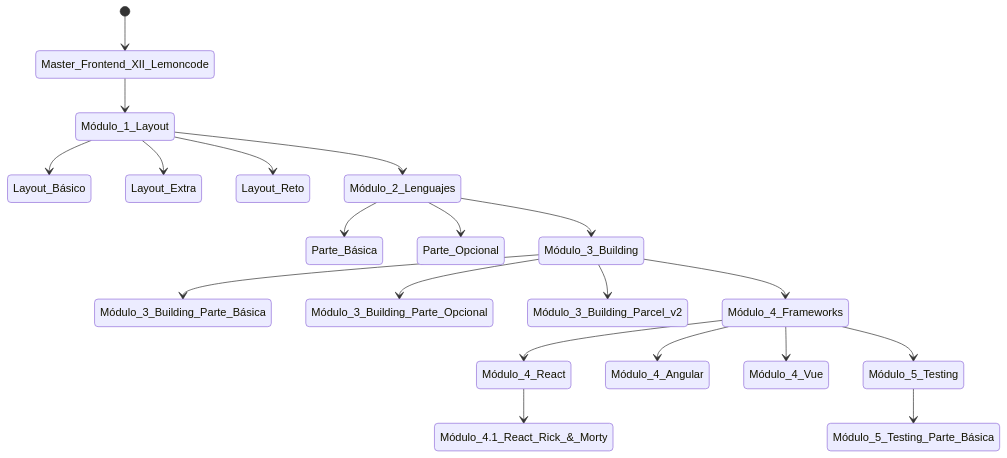
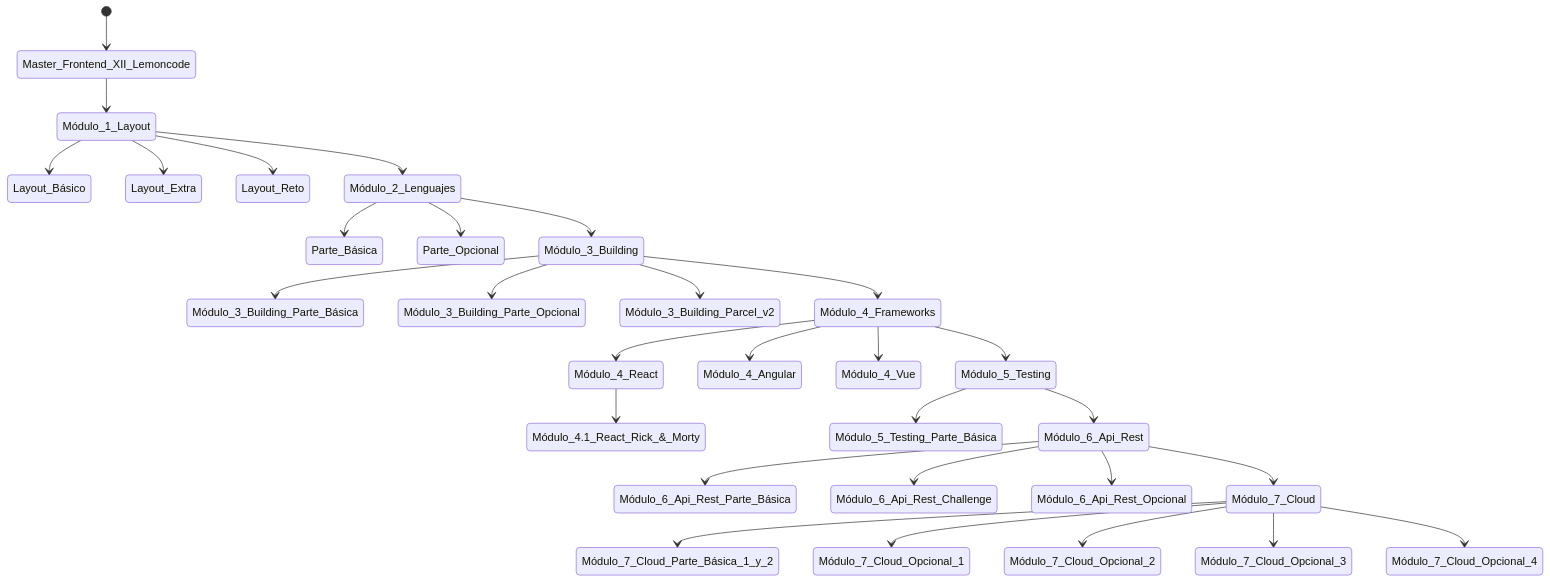
The diagram in README.md (MiguelJiRo/Master-Frontend-XII-Lemoncode), drawn with Mermaid before and after one commit. The commit also changed other lines of this file, not shown here.

````diff
--- a/README.md
+++ b/README.md
@@ -27,22 +29,32 @@
  ```mermaid
     stateDiagram
         [*] --> Master_Frontend_XII_Lemoncode
         Master_Frontend_XII_Lemoncode --> Módulo_1_Layout
         Módulo_1_Layout --> Layout_Básico 
         Módulo_1_Layout --> Layout_Extra  
         Módulo_1_Layout --> Layout_Reto  
         Módulo_1_Layout --> Módulo_2_Lenguajes
         Módulo_2_Lenguajes --> Parte_Básica 
         Módulo_2_Lenguajes --> Parte_Opcional 
         Módulo_2_Lenguajes --> Módulo_3_Building
         Módulo_3_Building --> Módulo_3_Building_Parte_Básica
         Módulo_3_Building --> Módulo_3_Building_Parte_Opcional
         Módulo_3_Building --> Módulo_3_Building_Parcel_v2
         Módulo_3_Building --> Módulo_4_Frameworks
         Módulo_4_Frameworks --> Módulo_4_React
         Módulo_4_Frameworks --> Módulo_4_Angular
         Módulo_4_Frameworks --> Módulo_4_Vue
         Módulo_4_React --> Módulo_4.1_React_Rick_&_Morty
         Módulo_4_Frameworks --> Módulo_5_Testing
         Módulo_5_Testing --> Módulo_5_Testing_Parte_Básica
+        Módulo_5_Testing --> Módulo_6_Api_Rest
+        Módulo_6_Api_Rest --> Módulo_6_Api_Rest_Parte_Básica
+        Módulo_6_Api_Rest --> Módulo_6_Api_Rest_Challenge
+        Módulo_6_Api_Rest --> Módulo_6_Api_Rest_Opcional
+        Módulo_6_Api_Rest --> Módulo_7_Cloud
+        Módulo_7_Cloud --> Módulo_7_Cloud_Parte_Básica_1_y_2
+        Módulo_7_Cloud --> Módulo_7_Cloud_Opcional_1
+        Módulo_7_Cloud --> Módulo_7_Cloud_Opcional_2
+        Módulo_7_Cloud --> Módulo_7_Cloud_Opcional_3
+        Módulo_7_Cloud --> Módulo_7_Cloud_Opcional_4
  ```
````
